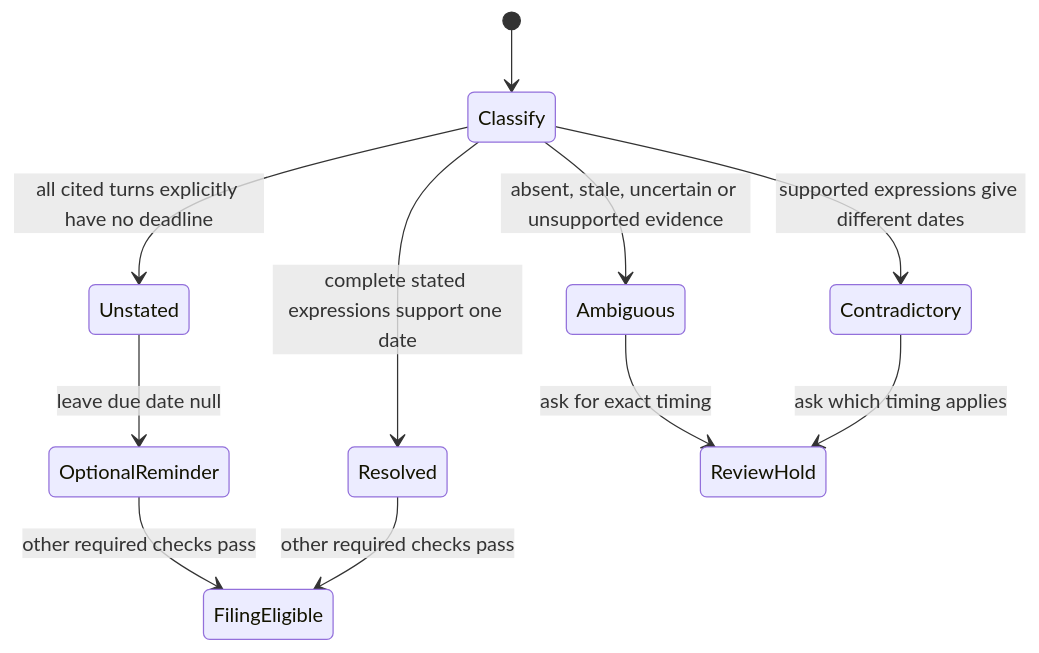
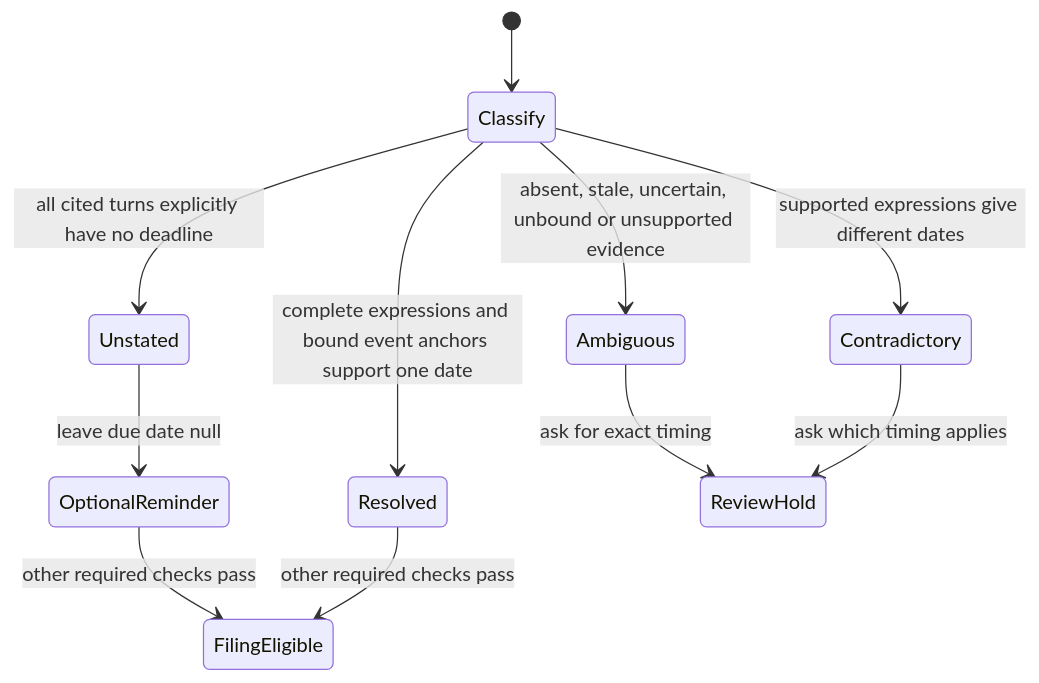
One commit to DoctorCRE/carr-system changed the diagram in specs/post-call-deadline-states.md. Above: the diagram before and after it, drawn with Mermaid. The commit also changed other lines of this file and 4 other files, not shown here.

First line of the commit message:
fix(call-mode): bind event deadlines to cited date expressions

````diff
--- a/specs/post-call-deadline-states.md
+++ b/specs/post-call-deadline-states.md
@@ -3,13 +3,13 @@
 ```mermaid
 stateDiagram-v2
     [*] --> Classify
     Classify --> Unstated: all cited turns explicitly have no deadline
-    Classify --> Resolved: complete stated expressions support one date
-    Classify --> Ambiguous: absent, stale, uncertain or unsupported evidence
+    Classify --> Resolved: complete expressions and bound event anchors support one date
+    Classify --> Ambiguous: absent, stale, uncertain, unbound or unsupported evidence
     Classify --> Contradictory: supported expressions give different dates
     Unstated --> OptionalReminder: leave due date null
     OptionalReminder --> FilingEligible: other required checks pass
     Resolved --> FilingEligible: other required checks pass
     Ambiguous --> ReviewHold: ask for exact timing
     Contradictory --> ReviewHold: ask which timing applies
 ```
````
